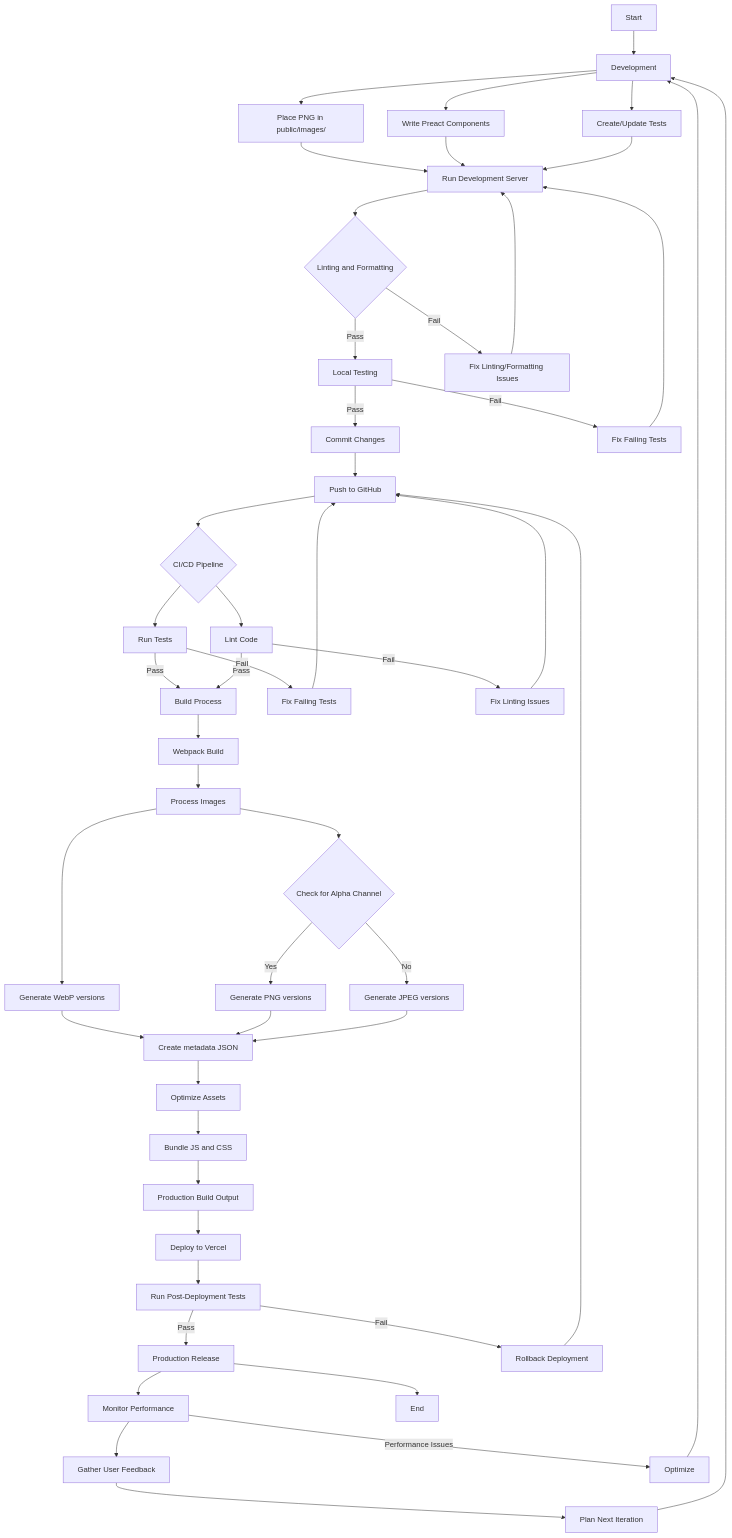
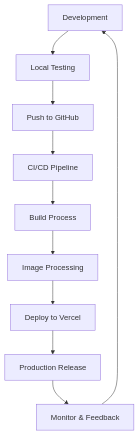
The diagram in README.md (jameswquinn/preact-responsive-image-app), drawn with Mermaid before and after one commit. The commit also changed other lines of this file, not shown here.

````diff
--- a/README.md
+++ b/README.md
@@ -123,57 +123,12 @@
 ```mermaid
 graph TD
-    A[Start] --> B[Development]
-    B --> C[Place PNG in public/images/]
-    B --> D[Write Preact Components]
-    B --> E[Create/Update Tests]
-    
-    C & D & E --> F[Run Development Server]
-    F --> G{Linting and Formatting}
-    G -->|Pass| H[Local Testing]
-    G -->|Fail| I[Fix Linting/Formatting Issues]
-    I --> F
-    
-    H -->|Pass| J[Commit Changes]
-    H -->|Fail| K[Fix Failing Tests]
-    K --> F
-    
-    J --> L[Push to GitHub]
-    
-    L --> M{CI/CD Pipeline}
-    M --> N[Run Tests]
-    M --> O[Lint Code]
-    
-    N & O -->|Pass| P[Build Process]
-    N -->|Fail| Q[Fix Failing Tests]
-    O -->|Fail| R[Fix Linting Issues]
-    Q & R --> L
-    
-    P --> S[Webpack Build]
-    S --> T[Process Images]
-    T --> U[Generate WebP versions]
-    T --> V{Check for Alpha Channel}
-    V -->|Yes| W[Generate PNG versions]
-    V -->|No| X[Generate JPEG versions]
-    
-    U & W & X --> Y[Create metadata JSON]
-    Y --> Z[Optimize Assets]
-    Z --> AA[Bundle JS and CSS]
-    
-    AA --> AB[Production Build Output]
-    AB --> AC[Deploy to Vercel]
-    
-    AC --> AD[Run Post-Deployment Tests]
-    AD -->|Pass| AE[Production Release]
-    AD -->|Fail| AF[Rollback Deployment]
-    AF --> L
-    
-    AE --> AG[Monitor Performance]
-    AG --> AH[Gather User Feedback]
-    AH --> AI[Plan Next Iteration]
-    AI --> B
-    
-    AG -->|Performance Issues| AJ[Optimize]
-    AJ --> B
-    
-    AE --> AK[End]
+    A[Development] --> B[Local Testing]
+    B --> C[Push to GitHub]
+    C --> D[CI/CD Pipeline]
+    D --> E[Build Process]
+    E --> F[Image Processing]
+    F --> G[Deploy to Vercel]
+    G --> H[Production Release]
+    H --> I[Monitor & Feedback]
+    I --> A
 ```
````
